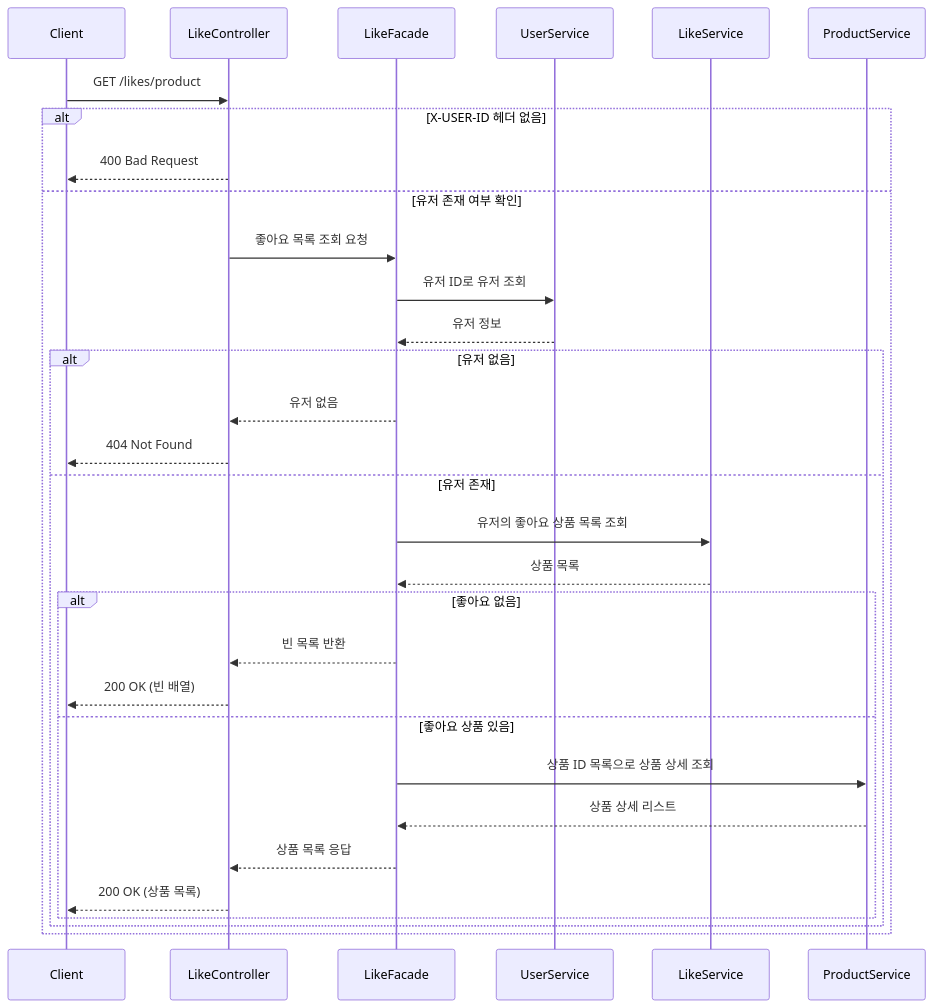
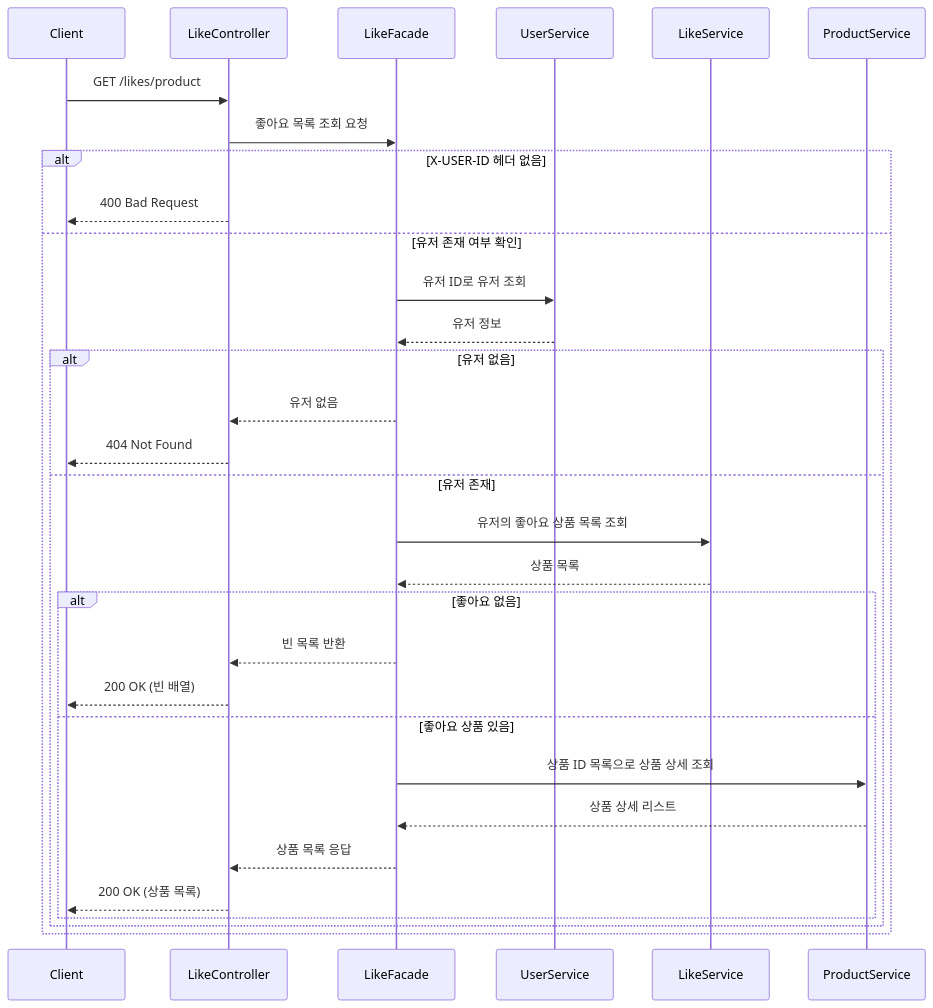
One commit to HYEONMIN94/loopers-spring-kotlin-template changed the tenth of 15 diagrams in docs/design/02-sequence-diagrams.md. Above: the diagram before and after it, drawn with Mermaid. The commit also changed other lines of this file, not shown here.

````diff
--- a/docs/design/02-sequence-diagrams.md
+++ b/docs/design/02-sequence-diagrams.md
@@ -356,37 +354,37 @@
 ```mermaid
 sequenceDiagram
     participant Client
     participant LikeController
     participant LikeFacade
     participant UserService
     participant LikeService
     participant ProductService
 
     Client->>LikeController: GET /likes/product
+    LikeController->>LikeFacade: 좋아요 목록 조회 요청
 
     alt X-USER-ID 헤더 없음
         LikeController-->>Client: 400 Bad Request
     else 유저 존재 여부 확인
-        LikeController->>LikeFacade: 좋아요 목록 조회 요청
         LikeFacade->>UserService: 유저 ID로 유저 조회
         UserService-->>LikeFacade: 유저 정보
 
         alt 유저 없음
             LikeFacade-->>LikeController: 유저 없음
             LikeController-->>Client: 404 Not Found
         else 유저 존재
             LikeFacade->>LikeService: 유저의 좋아요 상품 목록 조회
             LikeService-->>LikeFacade: 상품 목록
 
             alt 좋아요 없음
                 LikeFacade-->>LikeController: 빈 목록 반환
                 LikeController-->>Client: 200 OK (빈 배열)
             else 좋아요 상품 있음
                 LikeFacade->>ProductService: 상품 ID 목록으로 상품 상세 조회
                 ProductService-->>LikeFacade: 상품 상세 리스트
                 LikeFacade-->>LikeController: 상품 목록 응답
                 LikeController-->>Client: 200 OK (상품 목록)
             end
         end
     end
 ```
````
